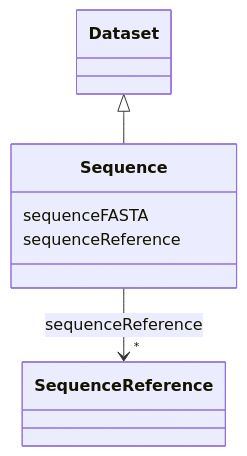
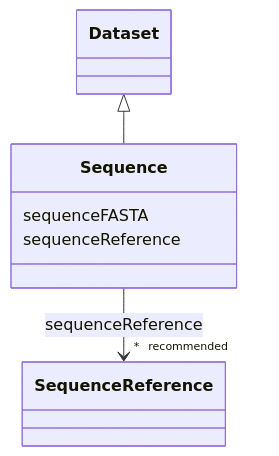
The diagram in models/docs/Sequence.md (EVORA-project/evora-ontology), drawn with Mermaid before and after one commit. The commit also changed other lines of this file and 1187 other files, not shown here.

````diff
--- a/models/docs/Sequence.md
+++ b/models/docs/Sequence.md
@@ -19,20 +19,20 @@
 ```mermaid
  classDiagram
     class Sequence
     click Sequence href "../Sequence"
       Dataset <|-- Sequence
         click Dataset href "../Dataset"
       
       Sequence : sequenceFASTA
         
       Sequence : sequenceReference
         
           
     
     
-    Sequence --> "*" SequenceReference : sequenceReference
+    Sequence --> "* _recommended_" SequenceReference : sequenceReference
     click SequenceReference href "../SequenceReference"
 
         
       
 ```
````
